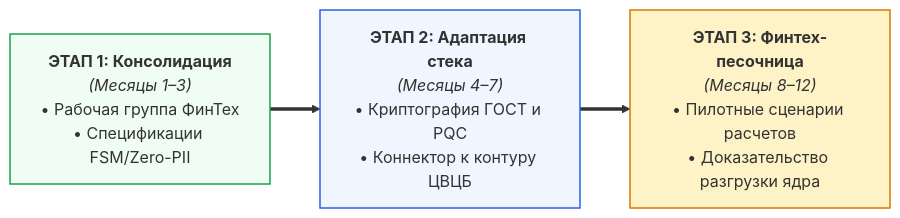
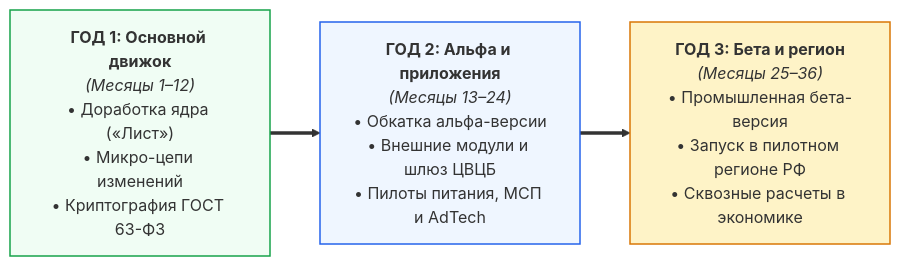
One commit to Data-Independence-Network/presentations changed the seventh of 7 diagrams in shared_docs/whitepapers/06_cbr_smart_contracts_fsm_whitepaper.md. Above: the diagram before and after it, drawn with Mermaid. The commit also changed other lines of this file and 1 other file, not shown here.

Commit message:
docs(whitepaper-06): articulate 3-year engineering roadmap (core engine, alpha apps, beta regional rollout)

````diff
--- a/shared_docs/whitepapers/06_cbr_smart_contracts_fsm_whitepaper.md
+++ b/shared_docs/whitepapers/06_cbr_smart_contracts_fsm_whitepaper.md
@@ -564,12 +564,12 @@
 ```mermaid
 flowchart LR
-    S1["<b>ЭТАП 1: Консолидация</b><br/><i>(Месяцы 1–3)</i><br/>• Рабочая группа ФинТех<br/>• Спецификации FSM/Zero-PII"]
-    S2["<b>ЭТАП 2: Адаптация стека</b><br/><i>(Месяцы 4–7)</i><br/>• Криптография ГОСТ и PQC<br/>• Коннектор к контуру ЦВЦБ"]
-    S3["<b>ЭТАП 3: Финтех-песочница</b><br/><i>(Месяцы 8–12)</i><br/>• Пилотные сценарии расчетов<br/>• Доказательство разгрузки ядра"]
+    S1["<b>ГОД 1: Основной движок</b><br/><i>(Месяцы 1–12)</i><br/>• Доработка ядра («Лист»)<br/>• Микро-цепи изменений<br/>• Криптография ГОСТ 63-ФЗ"]
+    S2["<b>ГОД 2: Альфа и приложения</b><br/><i>(Месяцы 13–24)</i><br/>• Обкатка альфа-версии<br/>• Внешние модули и шлюз ЦВЦБ<br/>• Пилоты питания, МСП и AdTech"]
+    S3["<b>ГОД 3: Бета и регион</b><br/><i>(Месяцы 25–36)</i><br/>• Промышленная бета-версия<br/>• Запуск в пилотном регионе РФ<br/>• Сквозные расчеты в экономике"]
 
     S1 ==> S2 ==> S3
 
     style S1 fill:#f0fdf4,stroke:#16a34a,stroke-width:1.5px
     style S2 fill:#eff6ff,stroke:#2563eb,stroke-width:1.5px
     style S3 fill:#fef3c7,stroke:#d97706,stroke-width:1.5px
 ```
````
